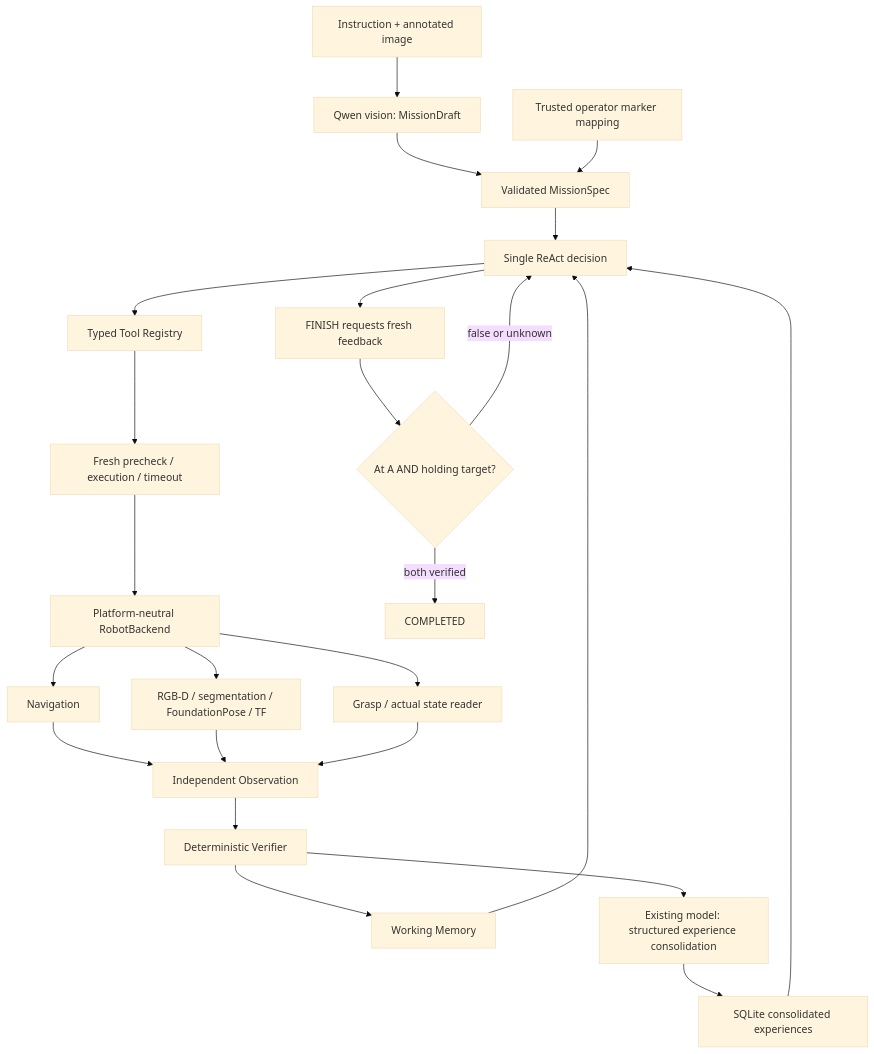
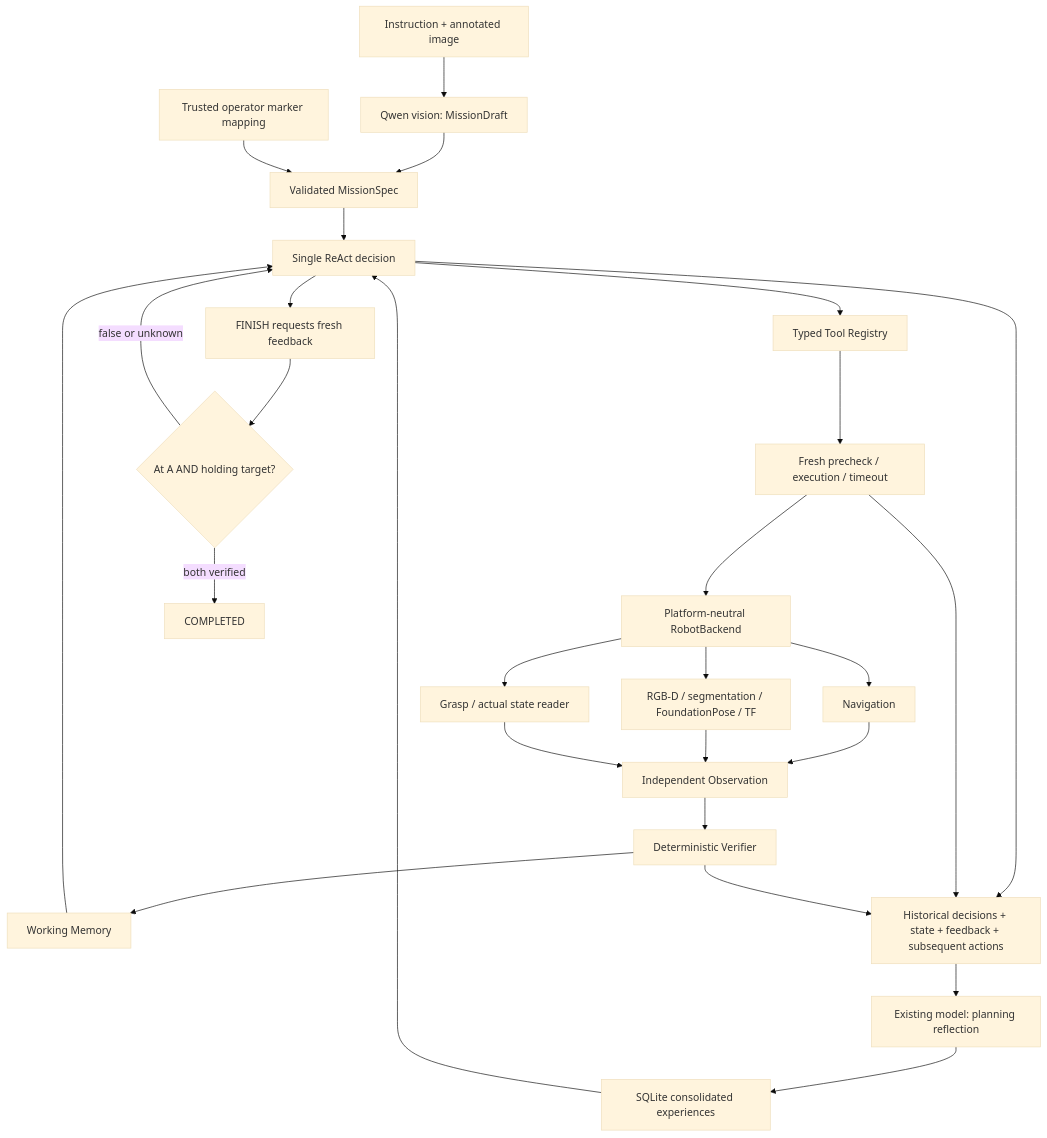
One commit to fanjiahui-charix/Long_sequence_tasks_for_realmanrobot changed the diagram in docs/SYSTEM_DESIGN.md. Above: the diagram before and after it, drawn with Mermaid (base theme). The commit also changed other lines of this file and 14 other files, not shown here.

````diff
--- a/docs/SYSTEM_DESIGN.md
+++ b/docs/SYSTEM_DESIGN.md
@@ -7,26 +7,29 @@
 ```mermaid
 flowchart TD
     U[Instruction + annotated image] --> M[Qwen vision: MissionDraft]
     M --> MS[Validated MissionSpec]
     T[Trusted operator marker mapping] --> MS
     MS --> A[Single ReAct decision]
     W[Working Memory] --> A
     E[SQLite consolidated experiences] --> A
     A --> R[Typed Tool Registry]
     R --> X[Fresh precheck / execution / timeout]
     X --> B[Platform-neutral RobotBackend]
     B --> N[Navigation]
     B --> P[RGB-D / segmentation / FoundationPose / TF]
     B --> G[Grasp / actual state reader]
     N --> O[Independent Observation]
     P --> O
     G --> O
     O --> V[Deterministic Verifier]
     V --> W
-    V --> S[Existing model: structured experience consolidation]
+    A --> H[Historical decisions + state + feedback + subsequent actions]
+    X --> H
+    V --> H
+    H --> S[Existing model: planning reflection]
     S --> E
     A --> F[FINISH requests fresh feedback]
     F --> C{At A AND holding target?}
     C -->|both verified| D[COMPLETED]
     C -->|false or unknown| A
 ```
````
